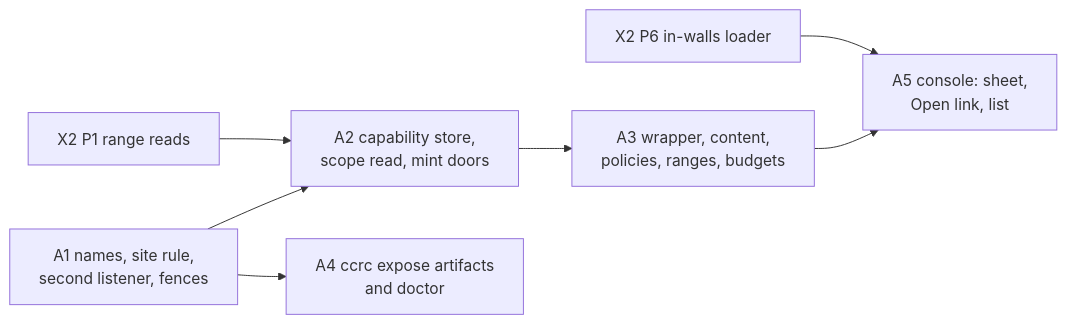
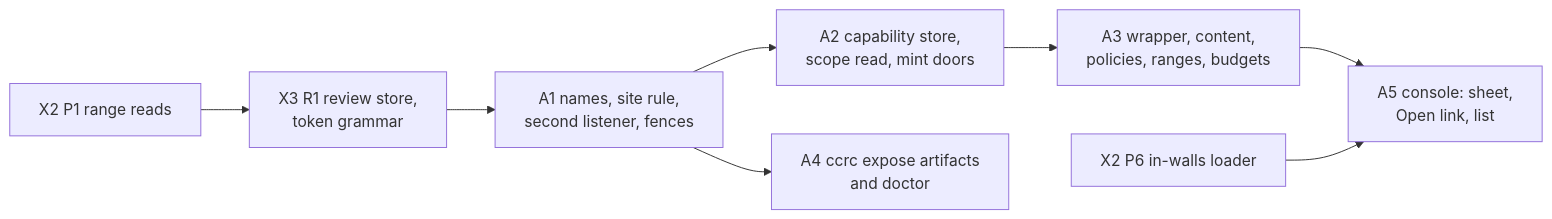
Before and after one commit to Synapsium-Labs/ccrc-pwa: the diagram in docs/superpowers/plans/2026-11-19-native-docs-html-artifacts.md, drawn with Mermaid. The commit also changed other lines of this file and 1 other file, not shown here.

````diff
--- a/docs/superpowers/plans/2026-11-19-native-docs-html-artifacts.md
+++ b/docs/superpowers/plans/2026-11-19-native-docs-html-artifacts.md
@@ -49,9 +49,10 @@
 ```mermaid
 flowchart LR
-  A1["A1 names, site rule,<br/>second listener, fences"] --> A2["A2 capability store,<br/>scope read, mint doors"]
+  P1["X2 P1 range reads"] --> R1["X3 R1 review store,<br/>token grammar"]
+  R1 --> A1["A1 names, site rule,<br/>second listener, fences"]
+  A1 --> A2["A2 capability store,<br/>scope read, mint doors"]
   A1 --> A4["A4 ccrc expose artifacts<br/>and doctor"]
-  P1["X2 P1 range reads"] --> A2
   A2 --> A3["A3 wrapper, content,<br/>policies, ranges, budgets"]
   A3 --> A5["A5 console: sheet,<br/>Open link, list"]
   P6["X2 P6 in-walls loader"] --> A5
 ```
````
